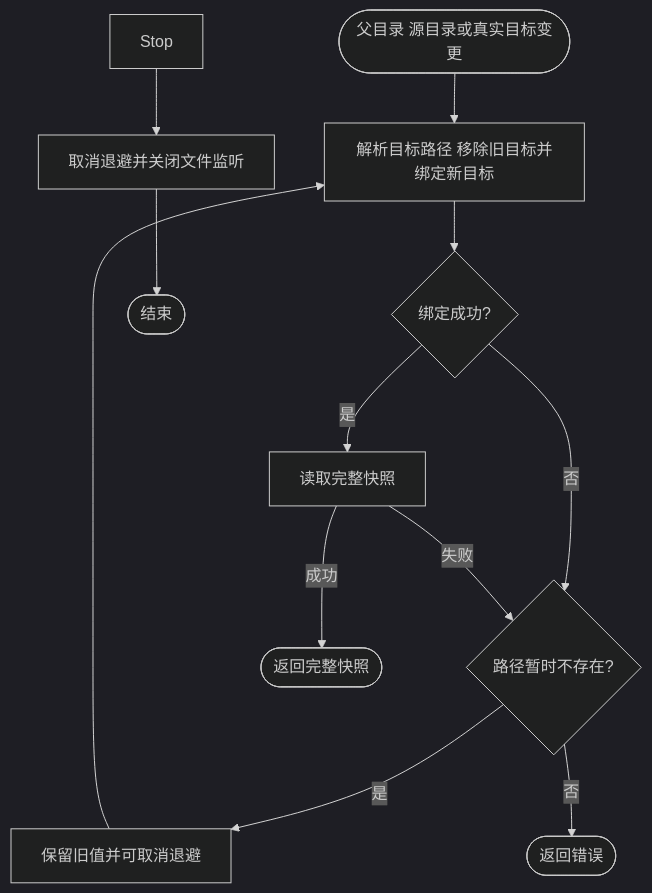
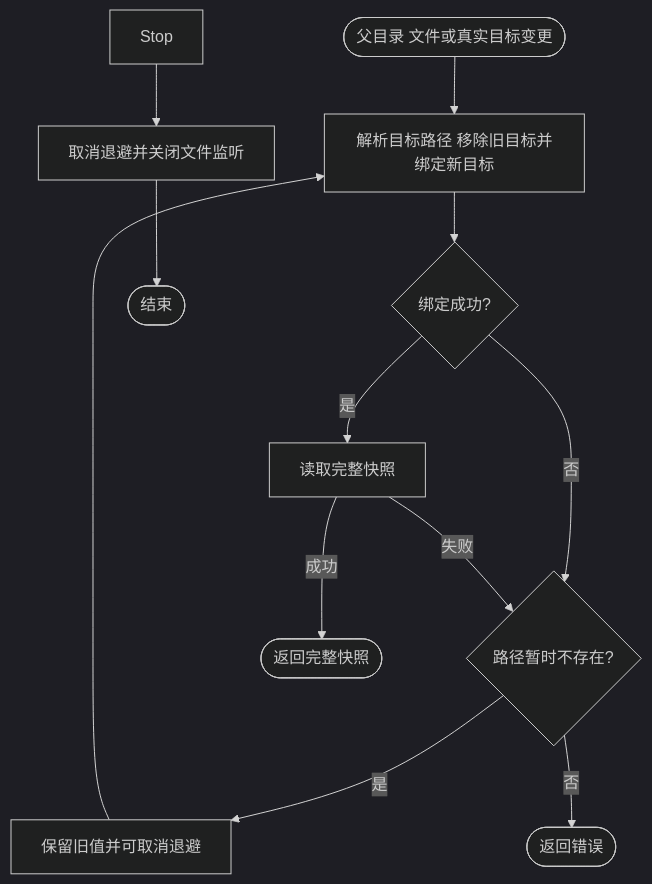
One commit to jaggerzhuang1994/kratos-foundation changed the first of 2 diagrams in contrib/config/file/README.md. Above: the diagram before and after it, drawn with Mermaid (dark theme). The commit also changed other lines of this file and 96 other files, not shown here.

````diff
--- a/contrib/config/file/README.md
+++ b/contrib/config/file/README.md
@@ -31,14 +44,14 @@
 ```mermaid
 flowchart TD
-    A([父目录 源目录或真实目标变更]) --> T[解析目标路径 移除旧目标并绑定新目标]
+    A([父目录 文件或真实目标变更]) --> T[解析目标路径 移除旧目标并绑定新目标]
     T --> C{绑定成功?}
     C -- 是 --> B[读取完整快照]
     C -- 否 --> E{路径暂时不存在?}
     B -->|失败| E
     B -->|成功| H([返回完整快照])
     E -- 是 --> D[保留旧值并可取消退避]
     D --> T
     E -- 否 --> I([返回错误])
     F[Stop] --> G[取消退避并关闭文件监听]
     G --> J([结束])
 ```
````
